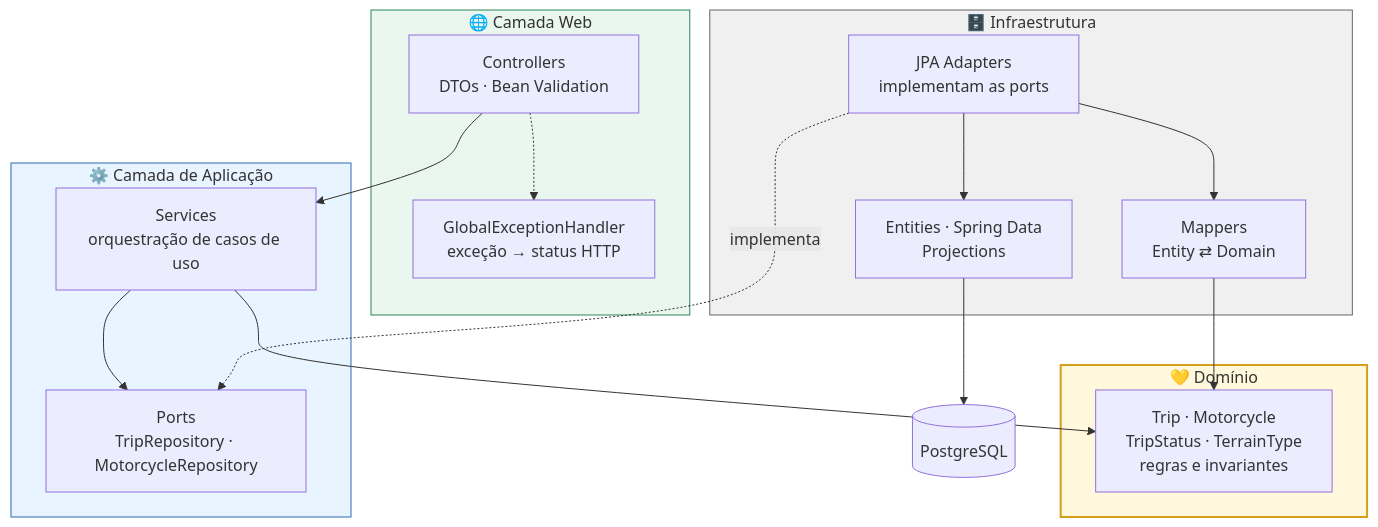
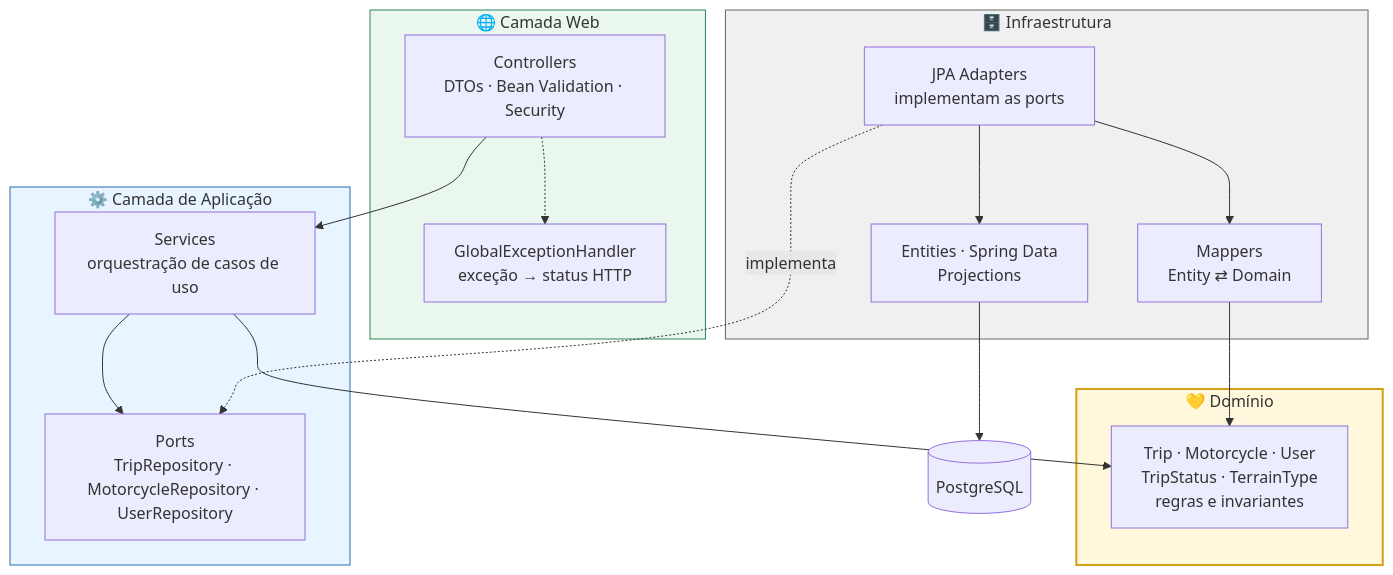
One commit to marcosguisleri/mototrack-api changed the first of 2 diagrams in README.md. Above: the diagram before and after it, drawn with Mermaid. The commit also changed other lines of this file and 11 other files, not shown here.

````diff
--- a/README.md
+++ b/README.md
@@ -60,39 +61,39 @@
 ```mermaid
 flowchart TD
     subgraph WEB["🌐 Camada Web"]
-        C["Controllers<br/>DTOs · Bean Validation"]
+        C["Controllers<br/>DTOs · Bean Validation · Security"]
         GEH["GlobalExceptionHandler<br/>exceção → status HTTP"]
     end
 
     subgraph APP["⚙️ Camada de Aplicação"]
         S["Services<br/>orquestração de casos de uso"]
-        P["Ports<br/>TripRepository · MotorcycleRepository"]
+        P["Ports<br/>TripRepository · MotorcycleRepository · UserRepository"]
     end
 
     subgraph DOM["💛 Domínio"]
-        M["Trip · Motorcycle<br/>TripStatus · TerrainType<br/>regras e invariantes"]
+        M["Trip · Motorcycle · User<br/>TripStatus · TerrainType<br/>regras e invariantes"]
     end
 
     subgraph INFRA["🗄️ Infraestrutura"]
         A["JPA Adapters<br/>implementam as ports"]
         MAP["Mappers<br/>Entity ⇄ Domain"]
         E["Entities · Spring Data<br/>Projections"]
     end
 
     DB[("PostgreSQL")]
 
     C --> S
     C -.-> GEH
     S --> M
     S --> P
     A -.implementa.-> P
     A --> MAP
     MAP --> M
     A --> E
     E --> DB
 
     style DOM fill:#fff8dc,stroke:#d4a017,stroke-width:2px
     style APP fill:#e8f4ff,stroke:#2b6cb0
     style INFRA fill:#f0f0f0,stroke:#666
     style WEB fill:#e9f7ef,stroke:#2f855a
 ```
````
